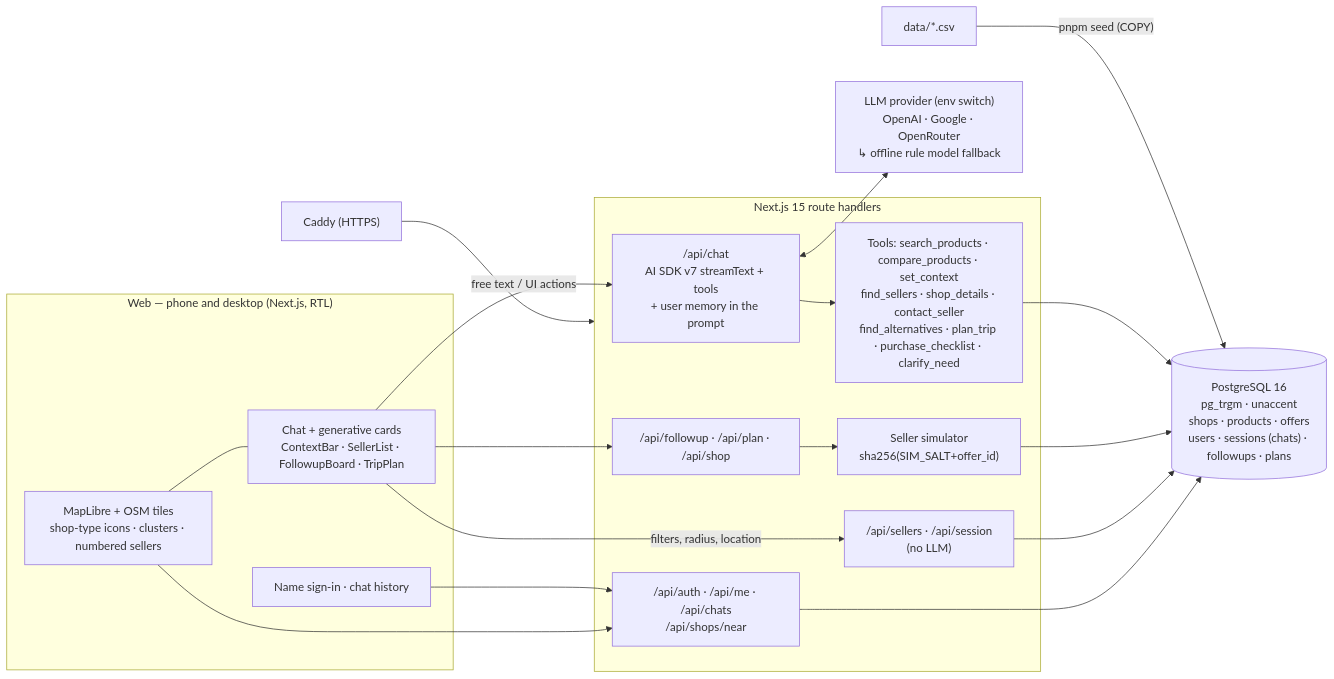
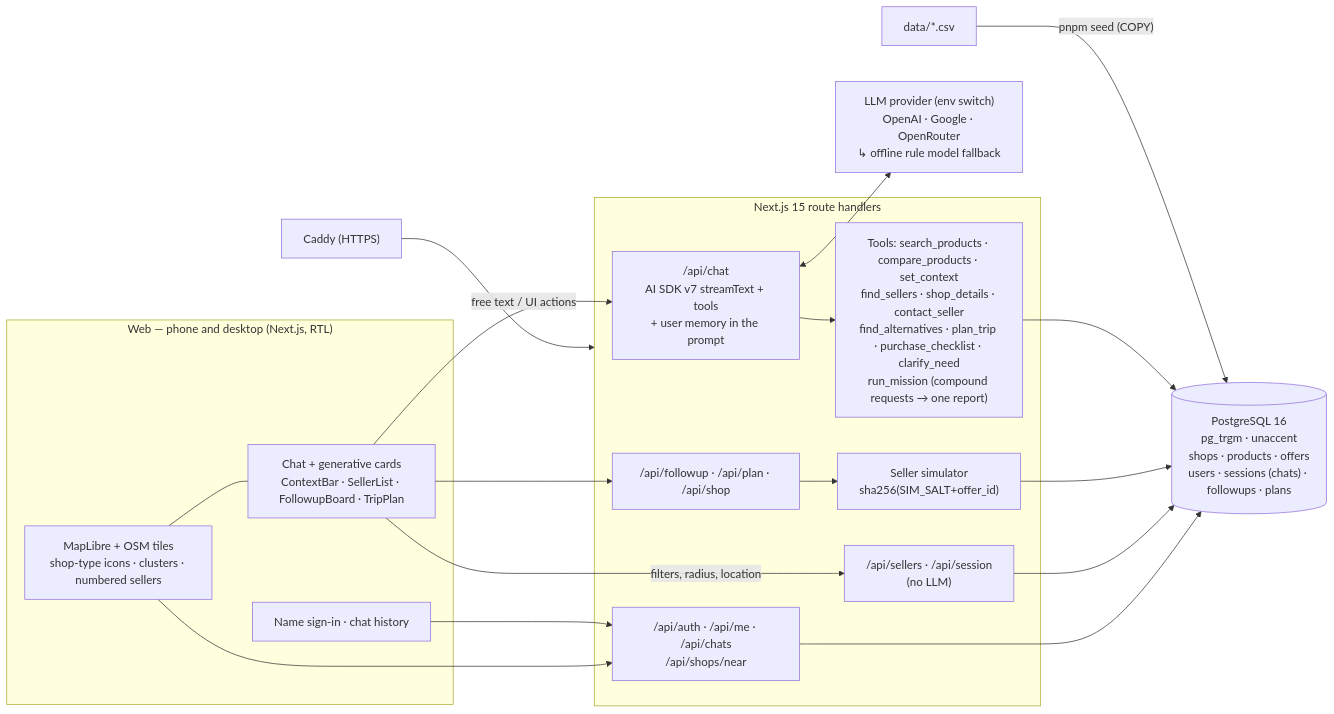
Before and after one commit to husseinrasti/torob-seller-agent: the diagram in README.md, drawn with Mermaid. The commit also changed other lines of this file and 32 other files, not shown here.

````diff
--- a/README.md
+++ b/README.md
@@ -56,31 +57,31 @@
 ```mermaid
 flowchart LR
   subgraph Browser["Web — phone and desktop (Next.js, RTL)"]
     UI["Chat + generative cards<br/>ContextBar · SellerList · FollowupBoard · TripPlan"]
     HIST["Name sign-in · chat history"]
     MAP["MapLibre + OSM tiles<br/>shop-type icons · clusters · numbered sellers"]
   end
   subgraph App["Next.js 15 route handlers"]
     CHAT["/api/chat<br/>AI SDK v7 streamText + tools<br/>+ user memory in the prompt"]
     SELL["/api/sellers · /api/session<br/>(no LLM)"]
     FU["/api/followup · /api/plan · /api/shop"]
     ACC["/api/auth · /api/me · /api/chats<br/>/api/shops/near"]
-    TOOLS["Tools: search_products · compare_products · set_context<br/>find_sellers · shop_details · contact_seller<br/>find_alternatives · plan_trip · purchase_checklist · clarify_need"]
+    TOOLS["Tools: search_products · compare_products · set_context<br/>find_sellers · shop_details · contact_seller<br/>find_alternatives · plan_trip · purchase_checklist · clarify_need<br/>run_mission (compound requests → one report)"]
     SIM["Seller simulator<br/>sha256(SIM_SALT+offer_id)"]
   end
   LLM["LLM provider (env switch)<br/>OpenAI · Google · OpenRouter<br/>↳ offline rule model fallback"]
   DB[("PostgreSQL 16<br/>pg_trgm · unaccent<br/>shops · products · offers<br/>users · sessions (chats) · followups · plans")]
   CSV["data/*.csv"] -->|"pnpm seed (COPY)"| DB
   UI -->|"free text / UI actions"| CHAT
   UI -->|"filters, radius, location"| SELL
   UI --> FU
   HIST --> ACC
   MAP --> ACC
   CHAT --> TOOLS --> DB
   CHAT <--> LLM
   FU --> SIM --> DB
   SELL --> DB
   ACC --> DB
   MAP --- UI
   CADDY["Caddy (HTTPS)"] --> App
 ```
````
